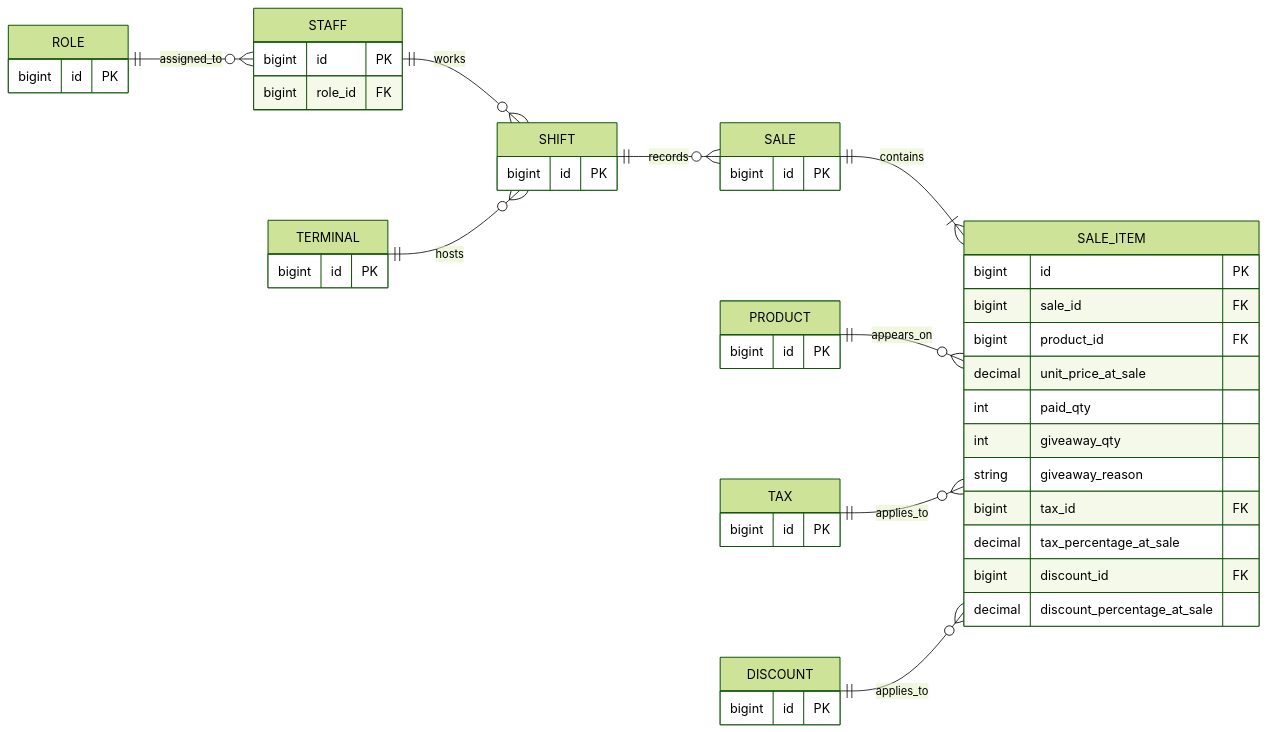
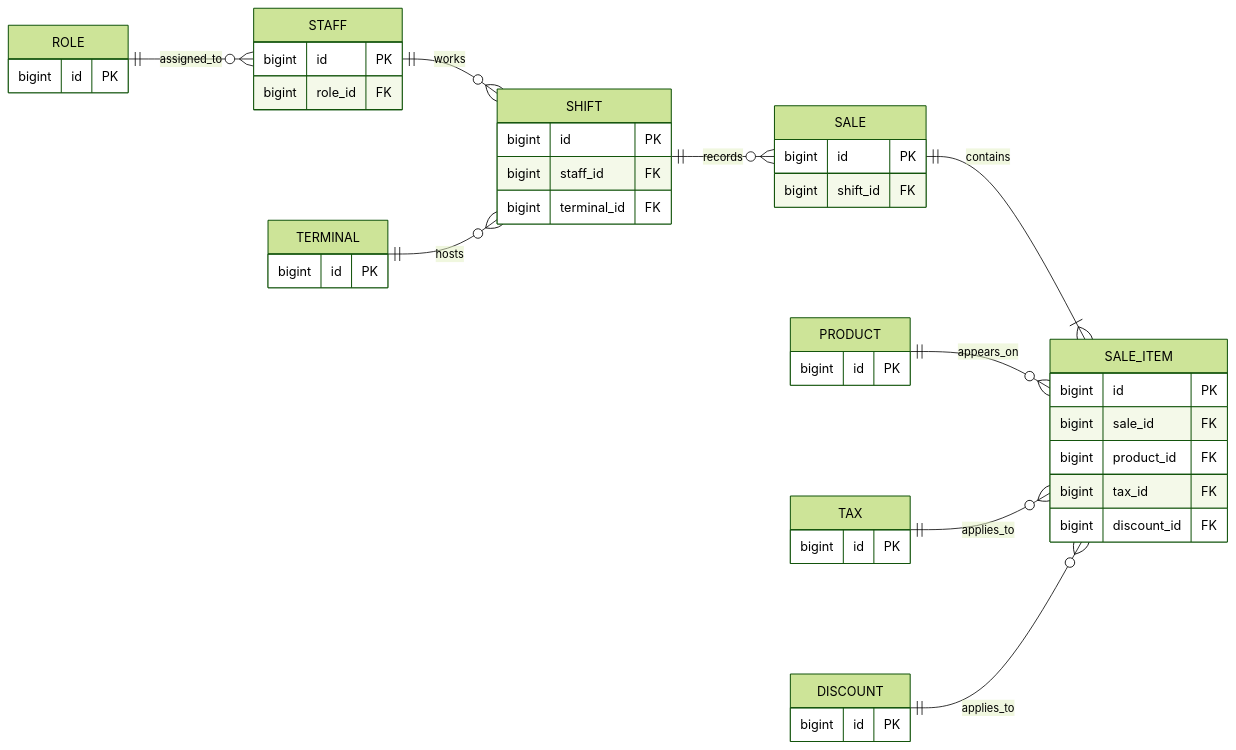
Before and after one commit to Edmund0/ofili_chigoziem_301917477: the first of 2 diagrams in portfolio-1-database-design/design/ERDiagram.md, drawn with Mermaid (forest theme). The commit also changed other lines of this file and 1 other file, not shown here.

Commit message:
Create: ER Diagram

````diff
--- a/portfolio-1-database-design/design/ERDiagram.md
+++ b/portfolio-1-database-design/design/ERDiagram.md
@@ -9,52 +20,49 @@
 ```mermaid
 erDiagram
     direction LR
 
     ROLE ||--o{ STAFF : assigned_to
     STAFF ||--o{ SHIFT : works
     TERMINAL ||--o{ SHIFT : hosts
     SHIFT ||--o{ SALE : records
     SALE ||--|{ SALE_ITEM : contains
     PRODUCT ||--o{ SALE_ITEM : appears_on
     TAX ||--o{ SALE_ITEM : applies_to
     DISCOUNT ||--o{ SALE_ITEM : applies_to
 
     STAFF {
         bigint id PK
         bigint role_id FK
     }
     ROLE {
         bigint id PK
     }
     TERMINAL {
         bigint id PK
     }
     SHIFT {
         bigint id PK
+        bigint staff_id FK
+        bigint terminal_id FK
     }
     PRODUCT {
         bigint id PK
     }
     SALE {
         bigint id PK
+        bigint shift_id FK
     }
     SALE_ITEM {
         bigint id PK
         bigint sale_id FK
         bigint product_id FK
-        decimal unit_price_at_sale
-        int paid_qty
-        int giveaway_qty
-        string giveaway_reason
         bigint tax_id FK
-        decimal tax_percentage_at_sale
         bigint discount_id FK
-        decimal discount_percentage_at_sale
     }
     TAX {
         bigint id PK
     }
     DISCOUNT {
         bigint id PK
     }
 ```
````
